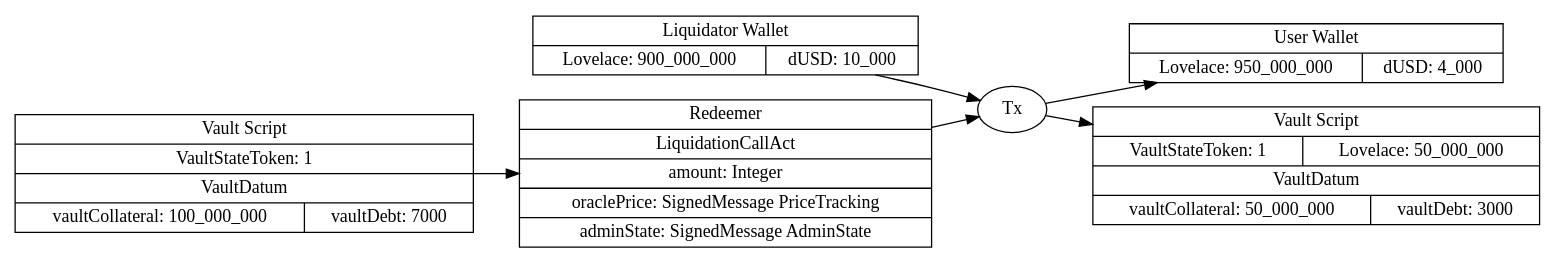
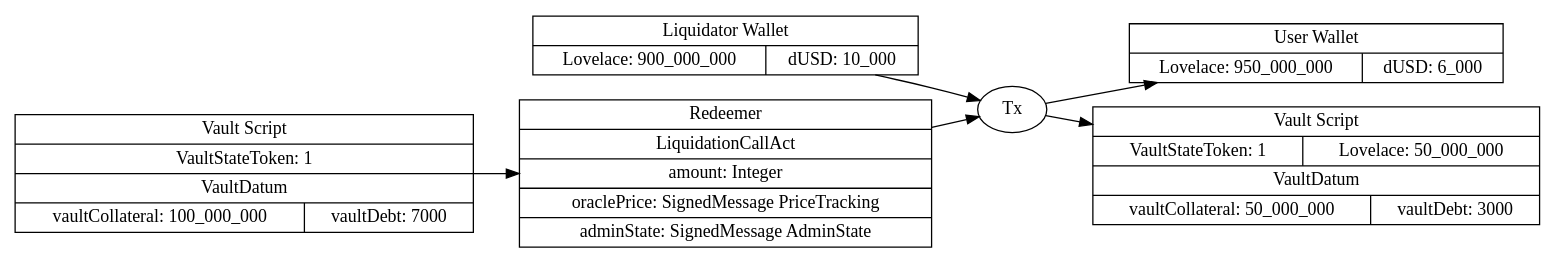
One commit to ArdanaLabs/ardana-dollar changed the diagram in docs/diagrams/Vault/LiquidationCallAct.dot. Above: the diagram before and after it, drawn with Graphviz.

```diff
--- a/docs/diagrams/Vault/LiquidationCallAct.dot
+++ b/docs/diagrams/Vault/LiquidationCallAct.dot
@@ -1,47 +1,47 @@
 digraph "LiquidationCallAct" {
   rankdir = LR;
 
   wallet_in [shape=record,label="{{Liquidator Wallet | {Lovelace: 900_000_000 | dUSD: 10_000}}}"];
-  wallet_out [shape=record,label="{{User Wallet | {Lovelace: 950_000_000 | dUSD: 4_000}}}"];
+  wallet_out [shape=record,label="{{User Wallet | {Lovelace: 950_000_000 | dUSD: 6_000}}}"];
 
   vault_script_in
     [ shape=record
     , label=
         "{{ Vault Script
          | {VaultStateToken: 1}
          | VaultDatum
          | { vaultCollateral: 100_000_000
            | vaultDebt: 7000
            }
          }}"
     ];
   vault_script_out
     [ shape=record
     , label=
         "{{ Vault Script
          | {VaultStateToken: 1 | Lovelace: 50_000_000}
          | VaultDatum
          | { vaultCollateral: 50_000_000
            | vaultDebt: 3000
            }
          }}"
     ];
 
   redeemer
     [ shape=record
     , label="{{Redeemer
              | LiquidationCallAct
              | amount: Integer
              | oraclePrice: SignedMessage PriceTracking
              | adminState: SignedMessage AdminState
              }}"
     ];
 
   tx [label="Tx"];
 
   wallet_in -> tx ;
   vault_script_in -> redeemer;
   redeemer -> tx;
   tx -> wallet_out;
   tx -> vault_script_out;
 }
```
